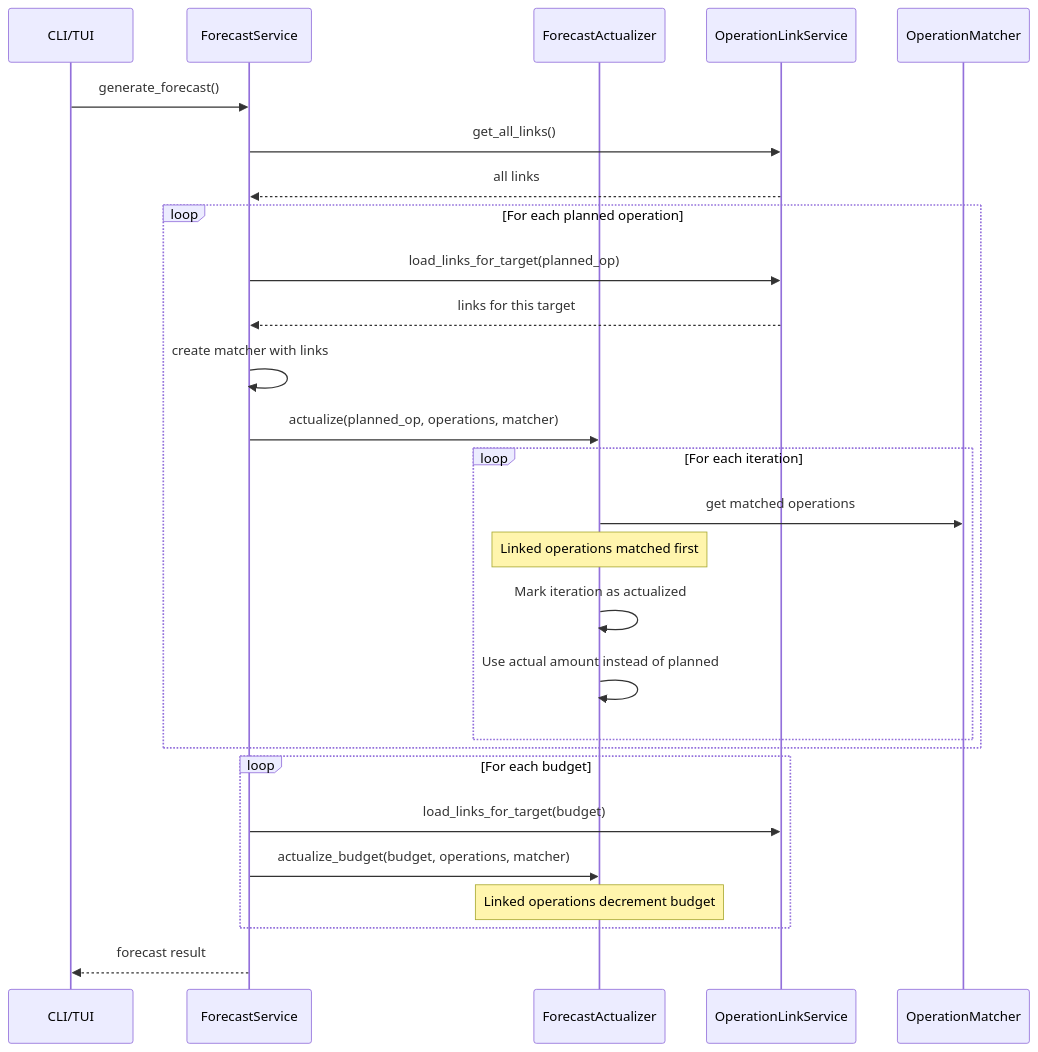
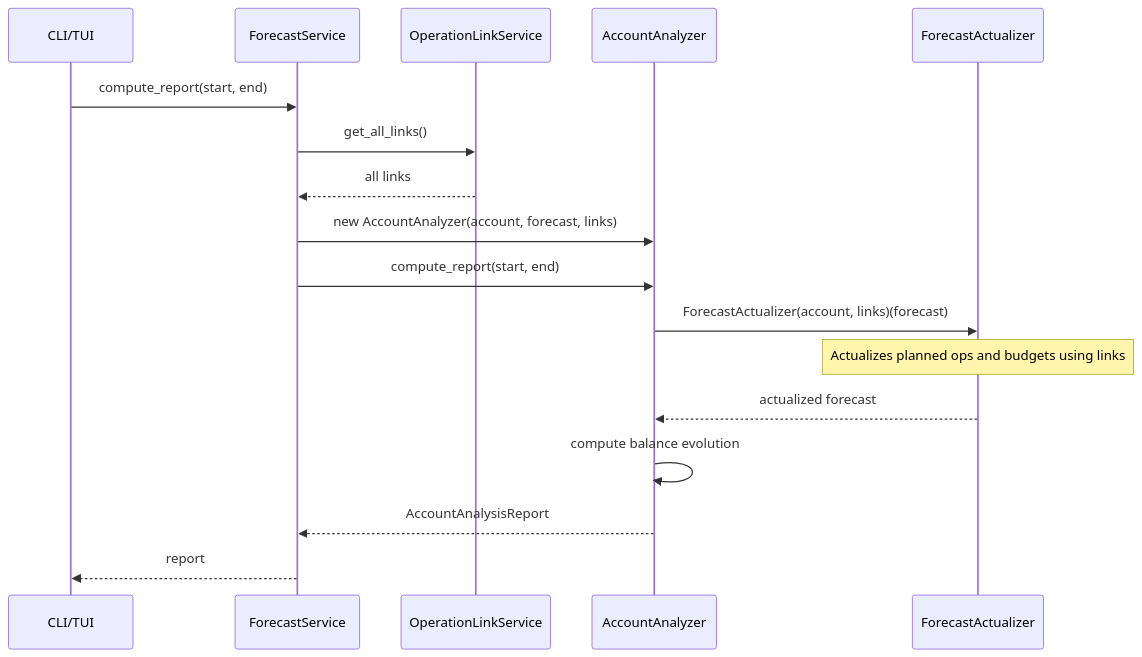
Before and after one commit to corentin-core/budget-forecaster: the seventh of 8 diagrams in docs/dev/operation-links.md, drawn with Mermaid.

Commit message:
docs: fix Forecast Calculation diagram to match actual code

````diff
--- a/docs/dev/operation-links.md
+++ b/docs/dev/operation-links.md
@@ -359,35 +359,24 @@
 ```mermaid
 sequenceDiagram
     participant CLI as CLI/TUI
     participant FS as ForecastService
+    participant OLS as OperationLinkService
+    participant AA as AccountAnalyzer
     participant FA as ForecastActualizer
-    participant OLS as OperationLinkService
-    participant OM as OperationMatcher
 
-    CLI->>FS: generate_forecast()
+    CLI->>FS: compute_report(start, end)
     FS->>OLS: get_all_links()
     OLS-->>FS: all links
 
-    loop For each planned operation
-        FS->>OLS: load_links_for_target(planned_op)
-        OLS-->>FS: links for this target
-        FS->>FS: create matcher with links
+    FS->>AA: new AccountAnalyzer(account, forecast, links)
+    FS->>AA: compute_report(start, end)
 
-        FS->>FA: actualize(planned_op, operations, matcher)
+    AA->>FA: ForecastActualizer(account, links)(forecast)
+    Note over FA: Actualizes planned ops and budgets using links
+    FA-->>AA: actualized forecast
 
-        loop For each iteration
-            FA->>OM: get matched operations
-            Note over FA: Linked operations matched first
-            FA->>FA: Mark iteration as actualized
-            FA->>FA: Use actual amount instead of planned
-        end
-    end
+    AA->>AA: compute balance evolution
+    AA-->>FS: AccountAnalysisReport
 
-    loop For each budget
-        FS->>OLS: load_links_for_target(budget)
-        FS->>FA: actualize_budget(budget, operations, matcher)
-        Note over FA: Linked operations decrement budget
-    end
-
-    FS-->>CLI: forecast result
+    FS-->>CLI: report
 ```
````
